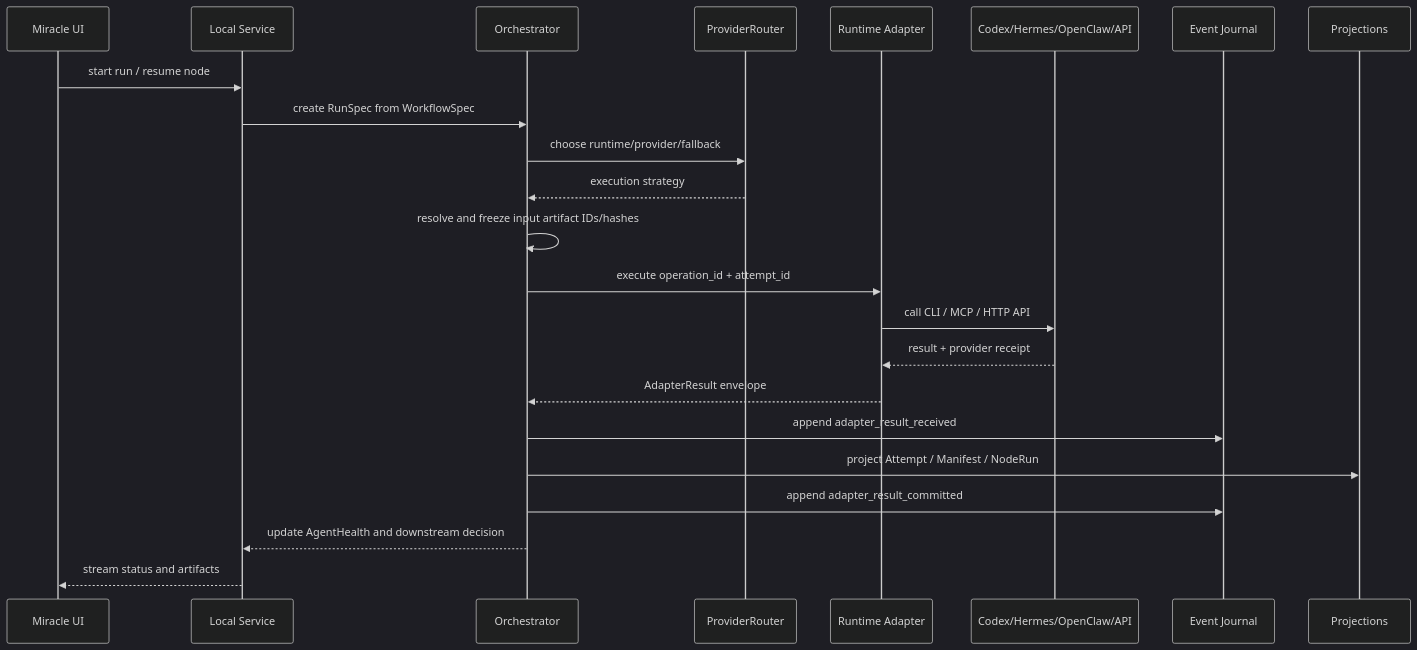
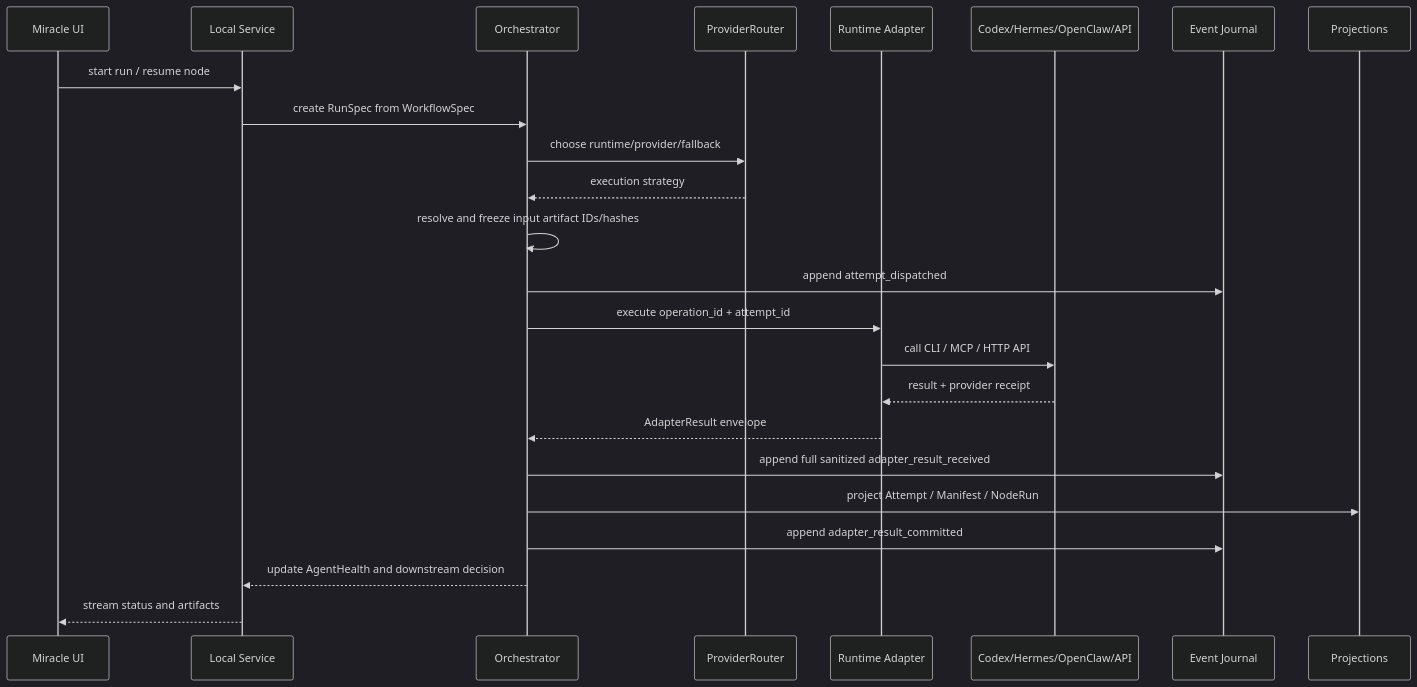
One commit to haozhangyue/miracle-agent changed the fourth of 7 diagrams in 14_技术架构选型与系统架构图.md. Above: the diagram before and after it, drawn with Mermaid (dark theme). The commit also changed other lines of this file and 13 other files, not shown here.

````diff
--- a/14_技术架构选型与系统架构图.md
+++ b/14_技术架构选型与系统架构图.md
@@ -204,26 +205,27 @@
 ```mermaid
 sequenceDiagram
   participant UI as Miracle UI
   participant SVC as Local Service
   participant ORCH as Orchestrator
   participant ROUTER as ProviderRouter
   participant ADP as Runtime Adapter
   participant RUNTIME as Codex/Hermes/OpenClaw/API
   participant JOURNAL as Event Journal
   participant PROJ as Projections
 
   UI->>SVC: start run / resume node
   SVC->>ORCH: create RunSpec from WorkflowSpec
   ORCH->>ROUTER: choose runtime/provider/fallback
   ROUTER-->>ORCH: execution strategy
   ORCH->>ORCH: resolve and freeze input artifact IDs/hashes
+  ORCH->>JOURNAL: append attempt_dispatched
   ORCH->>ADP: execute operation_id + attempt_id
   ADP->>RUNTIME: call CLI / MCP / HTTP API
   RUNTIME-->>ADP: result + provider receipt
   ADP-->>ORCH: AdapterResult envelope
-  ORCH->>JOURNAL: append adapter_result_received
+  ORCH->>JOURNAL: append full sanitized adapter_result_received
   ORCH->>PROJ: project Attempt / Manifest / NodeRun
   ORCH->>JOURNAL: append adapter_result_committed
   ORCH-->>SVC: update AgentHealth and downstream decision
   SVC-->>UI: stream status and artifacts
 ```
````
